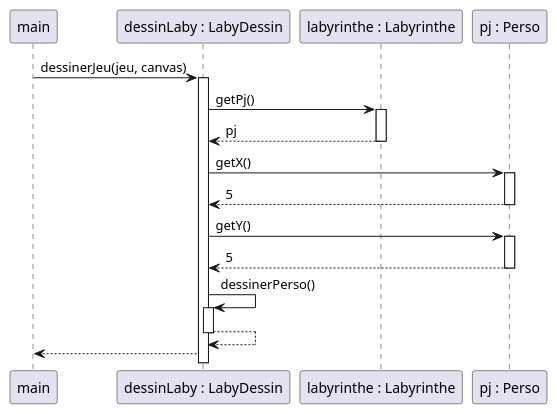
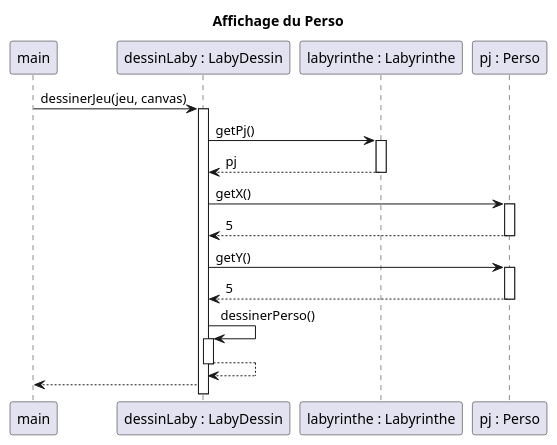
Before and after one commit to TanguyFox/2022_Zeldiablo_renard136u_seiler33u_serrier26u_arcelin1u: the diagram in documents/version_3/DiagrammeSequencePersoGraphique.puml, drawn with PlantUML. The commit also changed 9 other files, not shown here.

Commit message:
Images Diagrammes

```diff
--- a/documents/version_3/DiagrammeSequencePersoGraphique.puml
+++ b/documents/version_3/DiagrammeSequencePersoGraphique.puml
@@ -1,29 +1,30 @@
 @startuml
 'https://plantuml.com/sequence-diagram
 
+title Affichage du Perso
 participant "main" as MAIN
 participant "dessinLaby : LabyDessin" as LD
 participant "labyrinthe : Labyrinthe" as L
 participant "pj : Perso" as P
 
 
 MAIN -> LD : dessinerJeu(jeu, canvas)
 activate LD
 LD -> L : getPj()
 activate L
 L --> LD : pj
 deactivate L
 LD -> P : getX()
 activate P
 P --> LD : 5
 deactivate P
 LD -> P : getY()
 activate P
 P --> LD : 5
 deactivate P
 LD -> LD : dessinerPerso()
 activate LD
 LD --> LD
 deactivate LD
 LD --> MAIN
 @enduml
```
